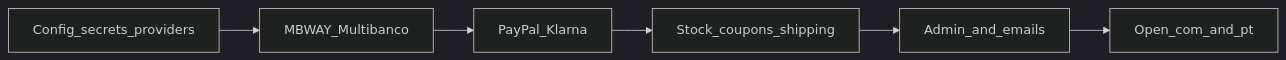
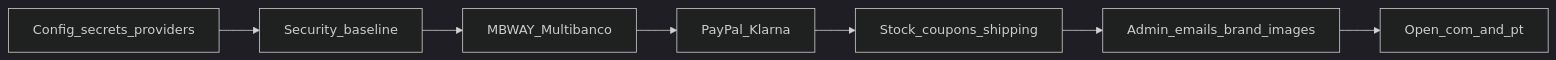
One commit to Tiago-Domingues/jhonny_ai changed the diagram in docs/website-launch-status.md. Above: the diagram before and after it, drawn with Mermaid (dark theme). The commit also changed other lines of this file and 1 other file, not shown here.

First line of the commit message:
Expand launch backlog with imagery refresh and security hardening

````diff
--- a/docs/website-launch-status.md
+++ b/docs/website-launch-status.md
@@ -160,10 +204,11 @@
 ```mermaid
 flowchart LR
   config[Config_secrets_providers]
+  security[Security_baseline]
   ptPay[MBWAY_Multibanco]
   intlPay[PayPal_Klarna]
   rules[Stock_coupons_shipping]
-  ops[Admin_and_emails]
+  ops[Admin_emails_brand_images]
   domains[Open_com_and_pt]
-  config --> ptPay --> intlPay --> rules --> ops --> domains
+  config --> security --> ptPay --> intlPay --> rules --> ops --> domains
 ```
````
